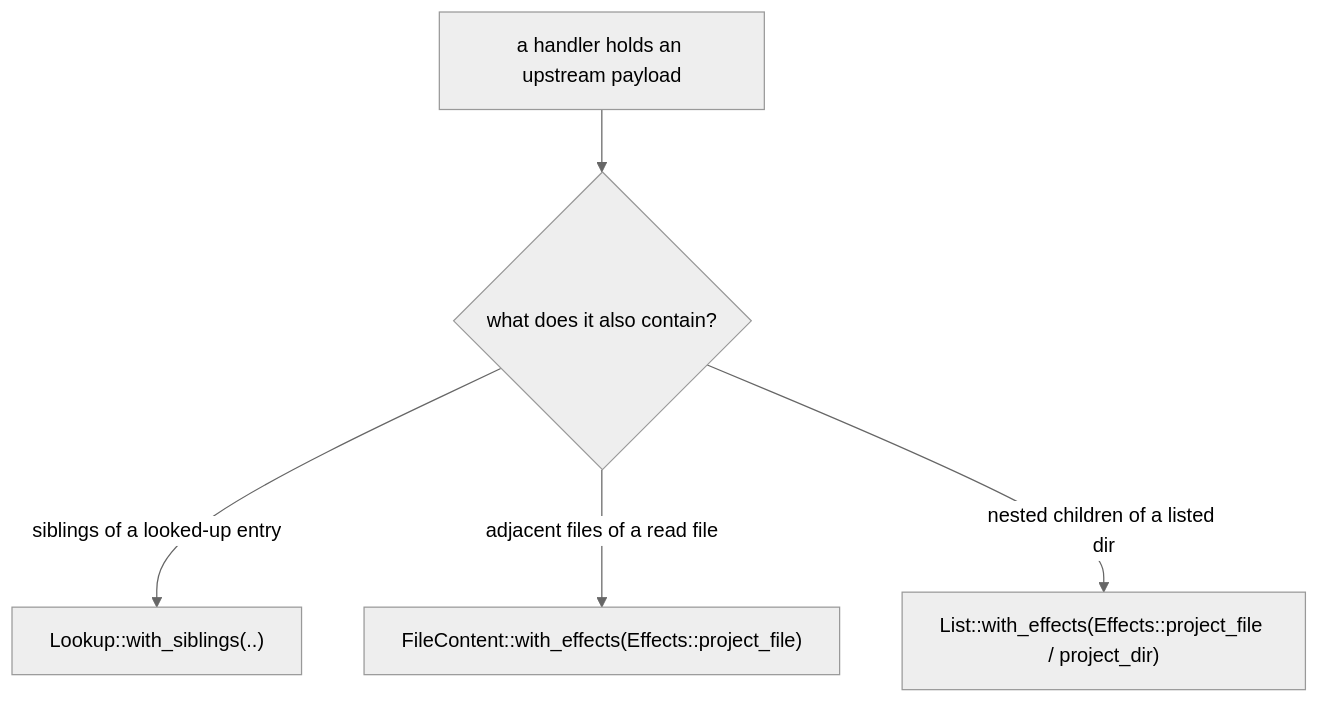
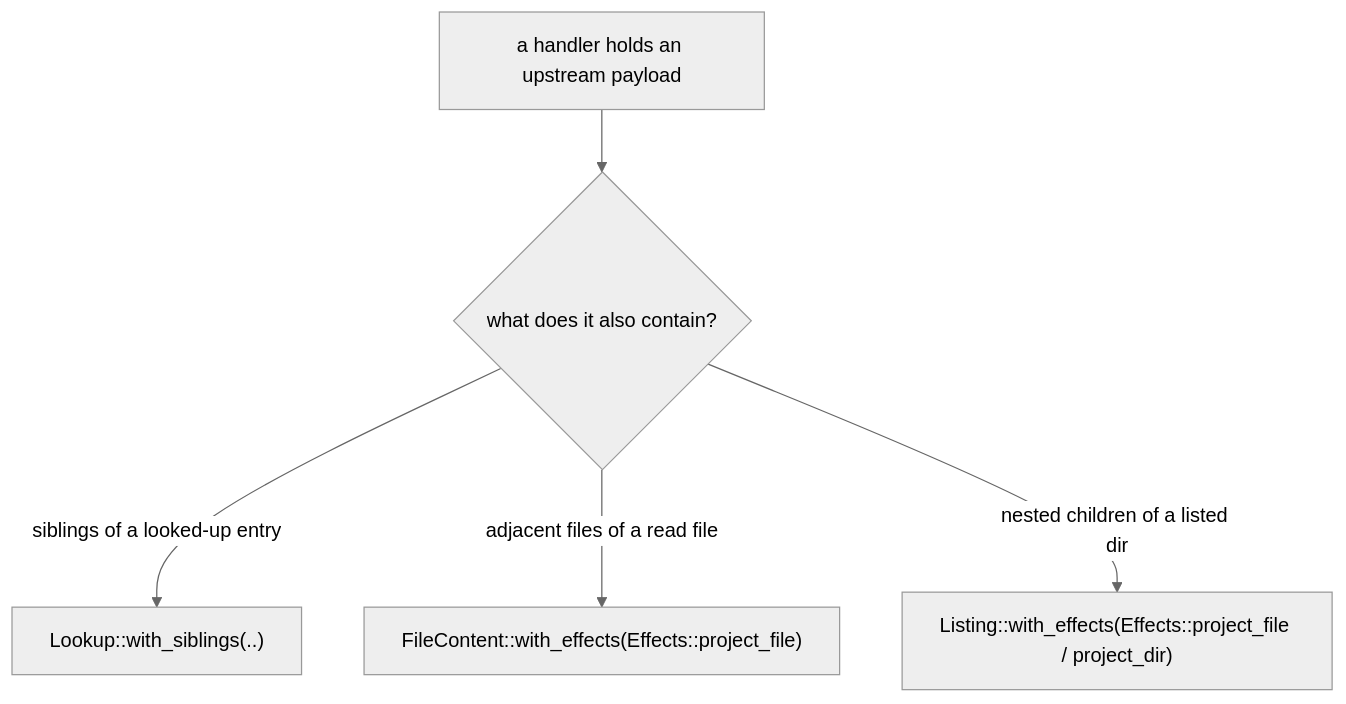
One commit to 0xff-ai/omnifs changed the diagram in website/src/content/docs/building-providers/project-everything.md. Above: the diagram before and after it, drawn with Mermaid (neutral theme). The commit also changed other lines of this file and 12 other files, not shown here.

````diff
--- a/website/src/content/docs/building-providers/project-everything.md
+++ b/website/src/content/docs/building-providers/project-everything.md
@@ -78,7 +86,7 @@
 ```mermaid
 flowchart TD
     P["a handler holds an upstream payload"] --> Q{"what does it also contain?"}
     Q -->|siblings of a looked-up entry| A["Lookup::with_siblings(..)"]
     Q -->|adjacent files of a read file| B["FileContent::with_effects(Effects::project_file)"]
-    Q -->|nested children of a listed dir| C["List::with_effects(Effects::project_file / project_dir)"]
+    Q -->|nested children of a listed dir| C["Listing::with_effects(Effects::project_file / project_dir)"]
 ```
````
